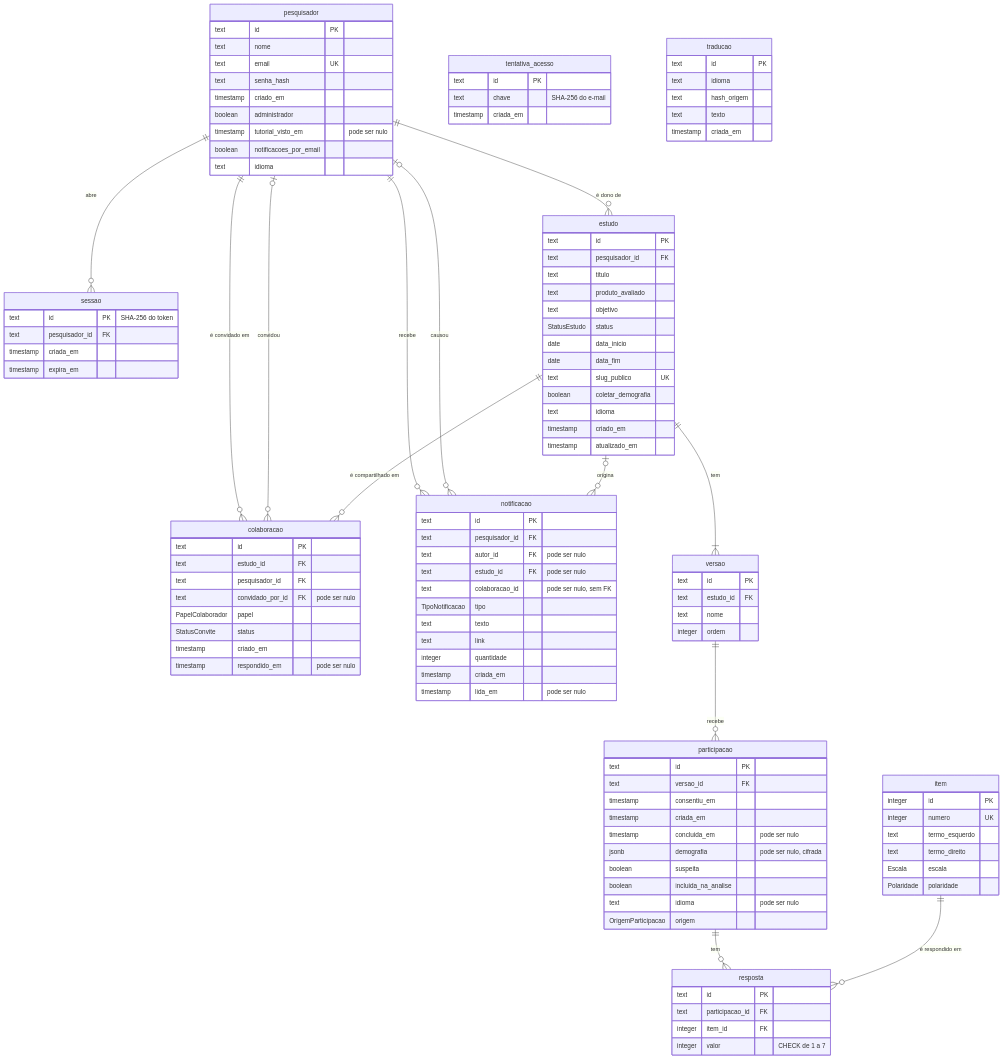
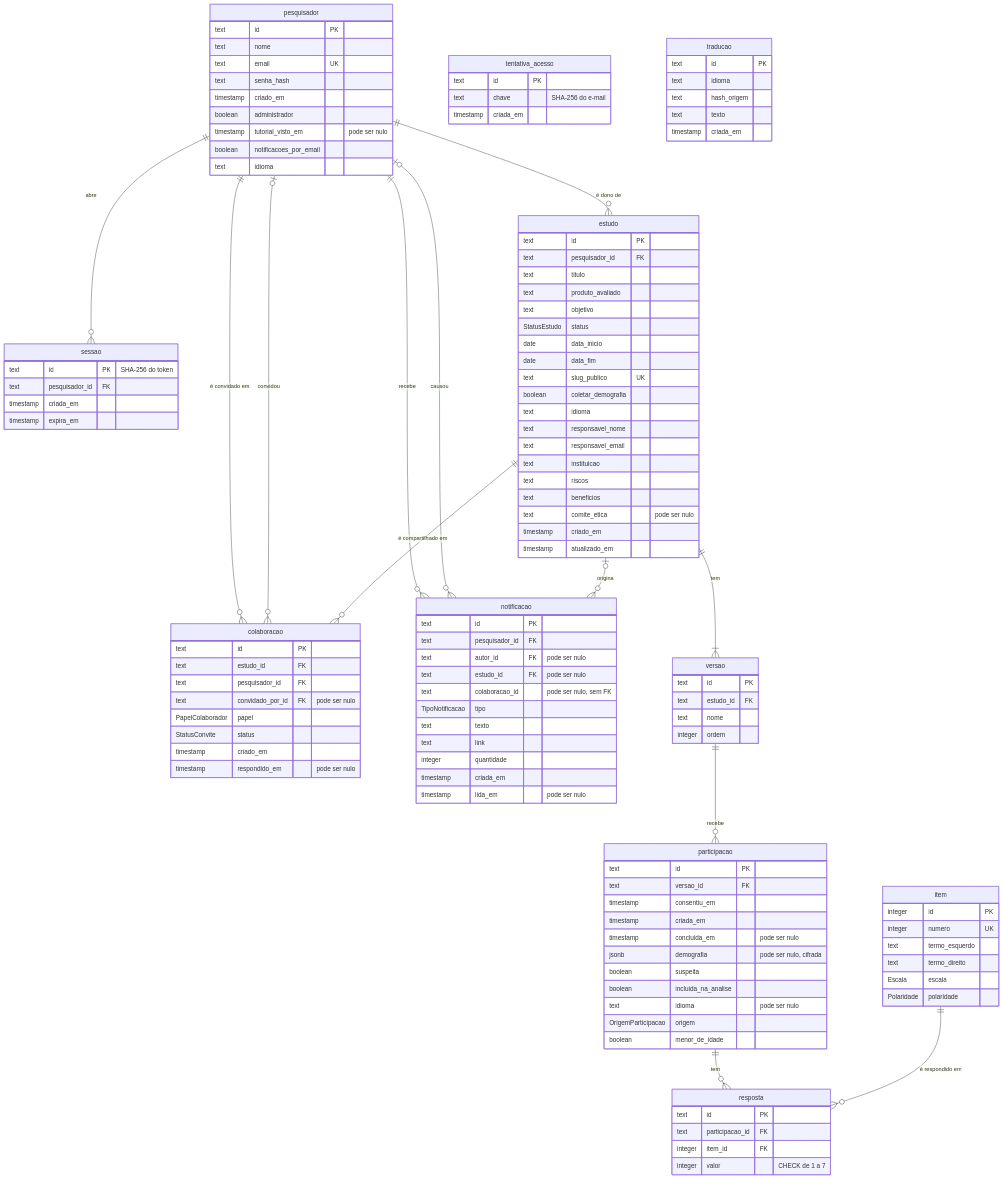
The diagram in docs/documentacao/fontes/modelo-logico-1.mmd (gabrielfjm/ueq_form_ihc), drawn with Mermaid before and after one commit. The commit also changed 93 other files, not shown here.

```diff
--- a/docs/documentacao/fontes/modelo-logico-1.mmd
+++ b/docs/documentacao/fontes/modelo-logico-1.mmd
@@ -1,113 +1,120 @@
 erDiagram
     pesquisador ||--o{ sessao : "abre"
     pesquisador ||--o{ estudo : "é dono de"
     pesquisador ||--o{ colaboracao : "é convidado em"
     pesquisador |o--o{ colaboracao : "convidou"
     pesquisador ||--o{ notificacao : "recebe"
     pesquisador |o--o{ notificacao : "causou"
     estudo ||--o{ colaboracao : "é compartilhado em"
     estudo ||--|{ versao : "tem"
     estudo |o--o{ notificacao : "origina"
     versao ||--o{ participacao : "recebe"
     participacao ||--o{ resposta : "tem"
     item ||--o{ resposta : "é respondido em"
 
     pesquisador {
         text id PK
         text nome
         text email UK
         text senha_hash
         timestamp criado_em
         boolean administrador
         timestamp tutorial_visto_em "pode ser nulo"
         boolean notificacoes_por_email
         text idioma
     }
     sessao {
         text id PK "SHA-256 do token"
         text pesquisador_id FK
         timestamp criada_em
         timestamp expira_em
     }
     estudo {
         text id PK
         text pesquisador_id FK
         text titulo
         text produto_avaliado
         text objetivo
         StatusEstudo status
         date data_inicio
         date data_fim
         text slug_publico UK
         boolean coletar_demografia
         text idioma
+        text responsavel_nome
+        text responsavel_email
+        text instituicao
+        text riscos
+        text beneficios
+        text comite_etica "pode ser nulo"
         timestamp criado_em
         timestamp atualizado_em
     }
     colaboracao {
         text id PK
         text estudo_id FK
         text pesquisador_id FK
         text convidado_por_id FK "pode ser nulo"
         PapelColaborador papel
         StatusConvite status
         timestamp criado_em
         timestamp respondido_em "pode ser nulo"
     }
     versao {
         text id PK
         text estudo_id FK
         text nome
         integer ordem
     }
     item {
         integer id PK
         integer numero UK
         text termo_esquerdo
         text termo_direito
         Escala escala
         Polaridade polaridade
     }
     participacao {
         text id PK
         text versao_id FK
         timestamp consentiu_em
         timestamp criada_em
         timestamp concluida_em "pode ser nulo"
         jsonb demografia "pode ser nulo, cifrada"
         boolean suspeita
         boolean incluida_na_analise
         text idioma "pode ser nulo"
         OrigemParticipacao origem
+        boolean menor_de_idade
     }
     resposta {
         text id PK
         text participacao_id FK
         integer item_id FK
         integer valor "CHECK de 1 a 7"
     }
     notificacao {
         text id PK
         text pesquisador_id FK
         text autor_id FK "pode ser nulo"
         text estudo_id FK "pode ser nulo"
         text colaboracao_id "pode ser nulo, sem FK"
         TipoNotificacao tipo
         text texto
         text link
         integer quantidade
         timestamp criada_em
         timestamp lida_em "pode ser nulo"
     }
     tentativa_acesso {
         text id PK
         text chave "SHA-256 do e-mail"
         timestamp criada_em
     }
     traducao {
         text id PK
         text idioma
         text hash_origem
         text texto
         timestamp criada_em
     }
```
